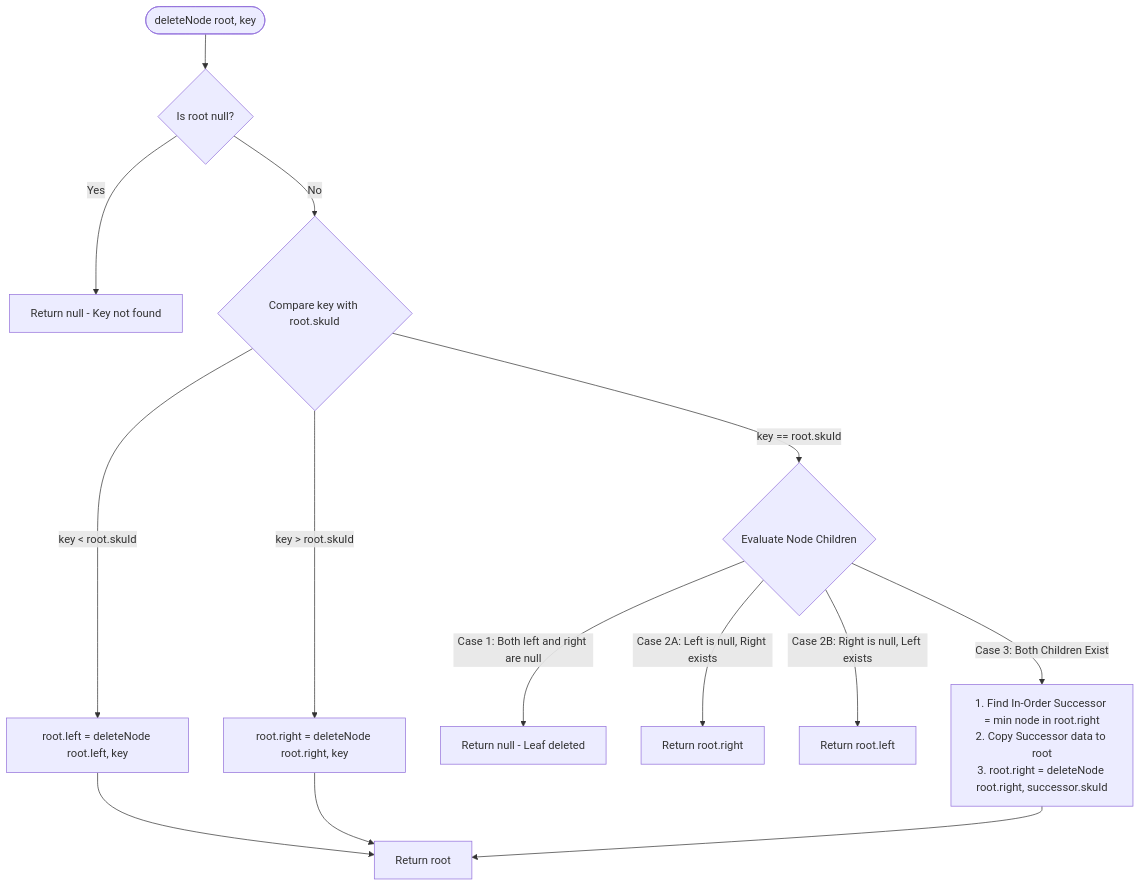
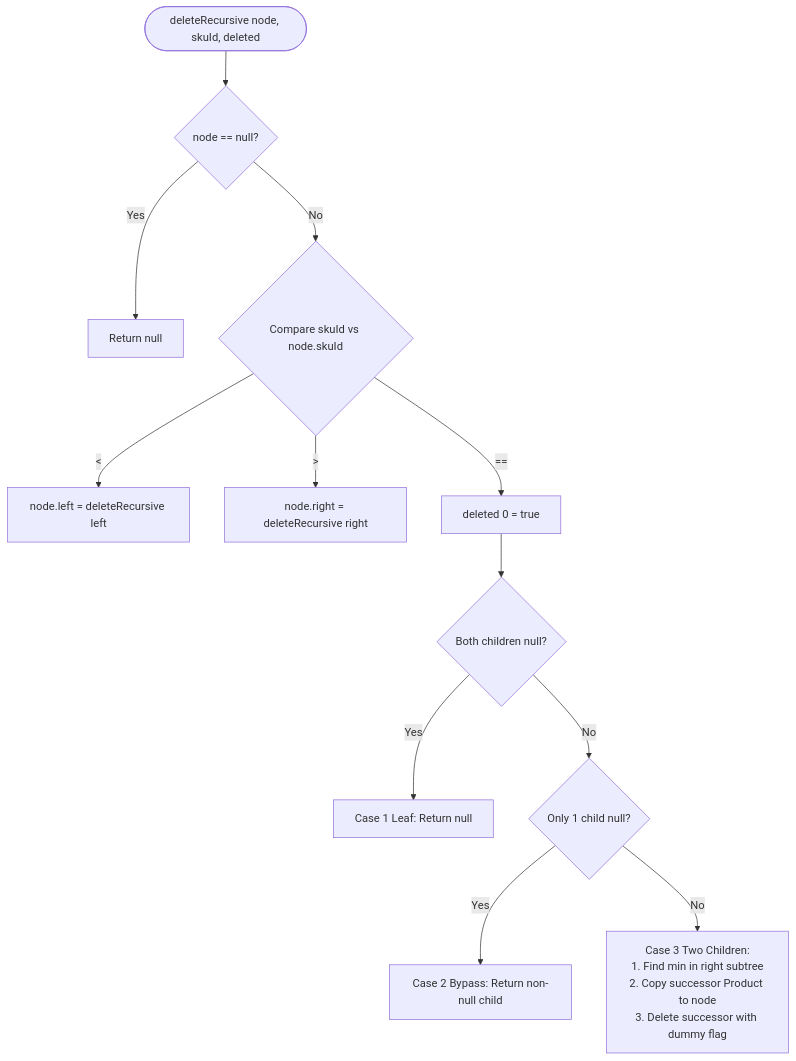
Before and after one commit to JeptahIldefonso/Group1_E-Commerce_Logistics-Hub: the fourth of 6 diagrams in TECHNICAL_DOCUMENTATION.md, drawn with Mermaid. The commit also changed other lines of this file and 4 other files, not shown here.

Commit message:
docs: finalize plain-English technical guide, flowcharts, and PDF documentation

````diff
--- a/TECHNICAL_DOCUMENTATION.md
+++ b/TECHNICAL_DOCUMENTATION.md
@@ -357,15 +291,14 @@
 ```mermaid
 flowchart TD
-    DStart([deleteNode root, key]) --> CheckNull{Is root null?}
-    CheckNull -->|Yes| ReturnNull[Return null - Key not found]
-    CheckNull -->|No| Compare{Compare key with root.skuId}
-    Compare -->|key < root.skuId| GoLeft[root.left = deleteNode root.left, key] --> ReturnRoot[Return root]
-    Compare -->|key > root.skuId| GoRight[root.right = deleteNode root.right, key] --> ReturnRoot
-    Compare -->|key == root.skuId| MatchFound{Evaluate Node Children}
-
-    MatchFound -->|Case 1: Both left and right are null| Case1[Return null - Leaf deleted]
-    MatchFound -->|Case 2A: Left is null, Right exists| Case2A[Return root.right]
-    MatchFound -->|Case 2B: Right is null, Left exists| Case2B[Return root.left]
-    MatchFound -->|Case 3: Both Children Exist| Case3[1. Find In-Order Successor = min node in root.right\n2. Copy Successor data to root\n3. root.right = deleteNode root.right, successor.skuId]
-    Case3 --> ReturnRoot
+    D([deleteRecursive node, skuId, deleted]) --> N{node == null?}
+    N -->|Yes| RN[Return null]
+    N -->|No| CMP{Compare skuId vs node.skuId}
+    CMP -->|"<"| DL[node.left = deleteRecursive left]
+    CMP -->|">"| DR[node.right = deleteRecursive right]
+    CMP -->|"=="| HIT[deleted 0 = true]
+    HIT --> C1{Both children null?}
+    C1 -->|Yes| RC1[Case 1 Leaf: Return null]
+    C1 -->|No| C2{Only 1 child null?}
+    C2 -->|Yes| RC2[Case 2 Bypass: Return non-null child]
+    C2 -->|No| RC3[Case 3 Two Children:\n1. Find min in right subtree\n2. Copy successor Product to node\n3. Delete successor with dummy flag]
 ```
````
